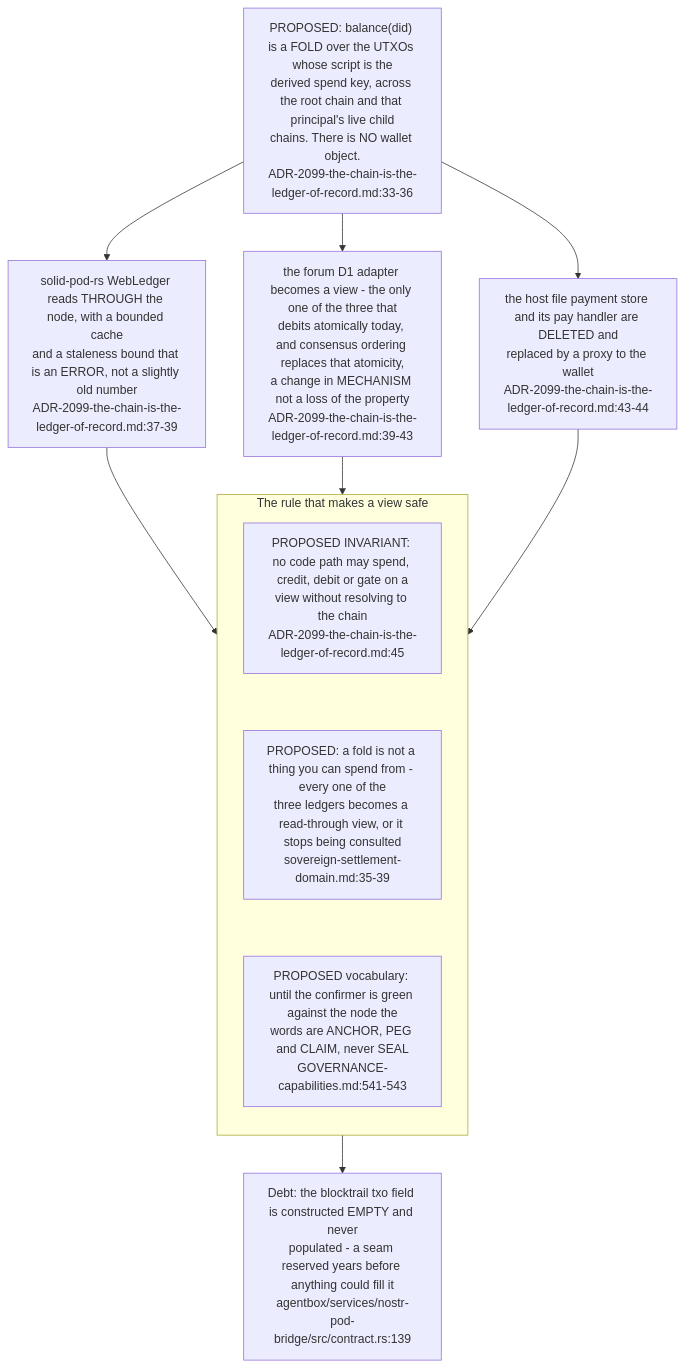
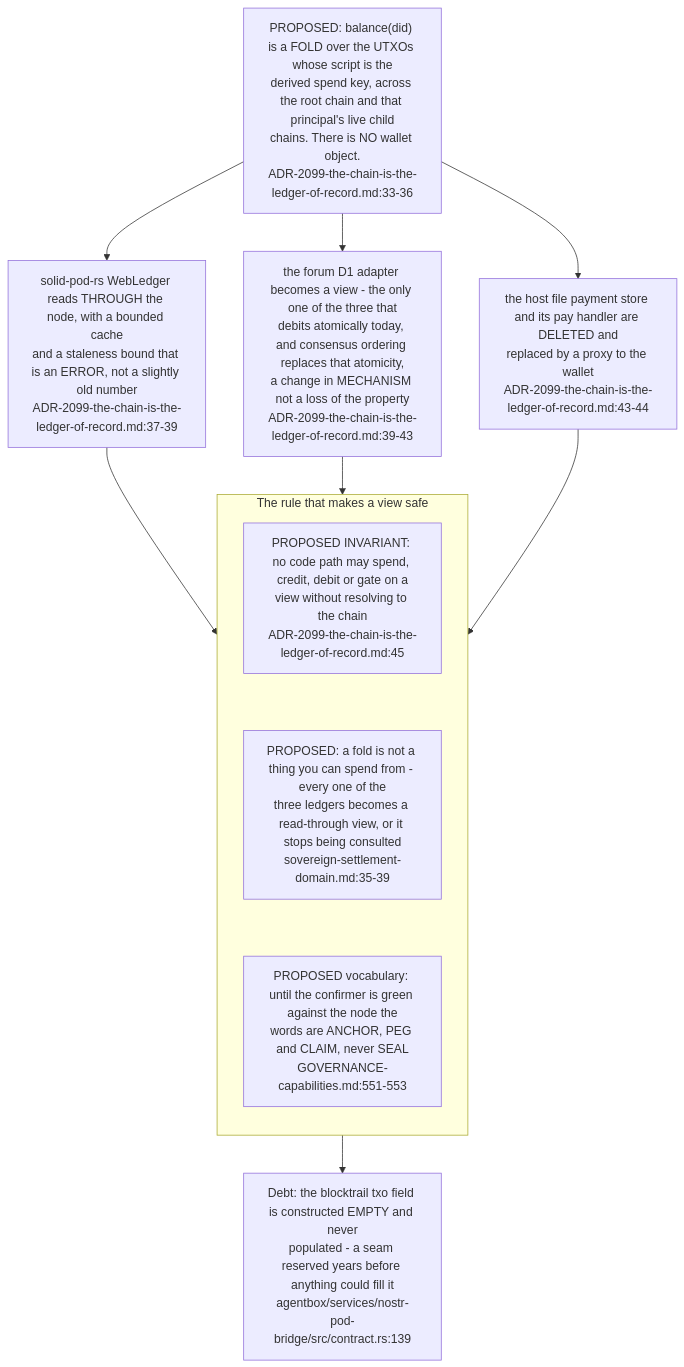
The fourth of 7 diagrams in docs/diagrams/agentbox/31-sovereign-settlement.md (DreamLab-AI/VisionFlow), drawn with Mermaid before and after one commit. The commit also changed other lines of this file and 94 other files, not shown here.

First line of the commit message:
docs(diagrams): re-verify 130 topics against 2 October HEADs

````diff
--- a/docs/diagrams/agentbox/31-sovereign-settlement.md
+++ b/docs/diagrams/agentbox/31-sovereign-settlement.md
@@ -167,18 +167,18 @@
 ```mermaid
 flowchart TB
     FOLD["PROPOSED: balance(did) is a FOLD over the UTXOs whose script is the<br/>derived spend key, across the root chain and that principal's live child<br/>chains. There is NO wallet object.<br/>ADR-2099-the-chain-is-the-ledger-of-record.md:33-36"]
     FOLD --> V1["solid-pod-rs WebLedger reads THROUGH the node, with a bounded cache<br/>and a staleness bound that is an ERROR, not a slightly old number<br/>ADR-2099-the-chain-is-the-ledger-of-record.md:37-39"]
     FOLD --> V2["the forum D1 adapter becomes a view - the only one of the three that<br/>debits atomically today, and consensus ordering replaces that atomicity,<br/>a change in MECHANISM not a loss of the property<br/>ADR-2099-the-chain-is-the-ledger-of-record.md:39-43"]
     FOLD --> V3["the host file payment store and its pay handler are DELETED and<br/>replaced by a proxy to the wallet<br/>ADR-2099-the-chain-is-the-ledger-of-record.md:43-44"]
     subgraph rule["The rule that makes a view safe"]
         direction TB
         R1["PROPOSED INVARIANT: no code path may spend, credit, debit or gate on a<br/>view without resolving to the chain<br/>ADR-2099-the-chain-is-the-ledger-of-record.md:45"]
         R2["PROPOSED: a fold is not a thing you can spend from - every one of the<br/>three ledgers becomes a read-through view, or it stops being consulted<br/>sovereign-settlement-domain.md:35-39"]
-        R3["PROPOSED vocabulary: until the confirmer is green against the node the<br/>words are ANCHOR, PEG and CLAIM, never SEAL<br/>GOVERNANCE-capabilities.md:541-543"]
+        R3["PROPOSED vocabulary: until the confirmer is green against the node the<br/>words are ANCHOR, PEG and CLAIM, never SEAL<br/>GOVERNANCE-capabilities.md:551-553"]
         R1 ~~~ R2 ~~~ R3
     end
     V1 --> rule
     V2 --> rule
     V3 --> rule
     rule --> DEBT["Debt: the blocktrail txo field is constructed EMPTY and never<br/>populated - a seam reserved years before anything could fill it<br/>agentbox/services/nostr-pod-bridge/src/contract.rs:139"]
 ```
````
